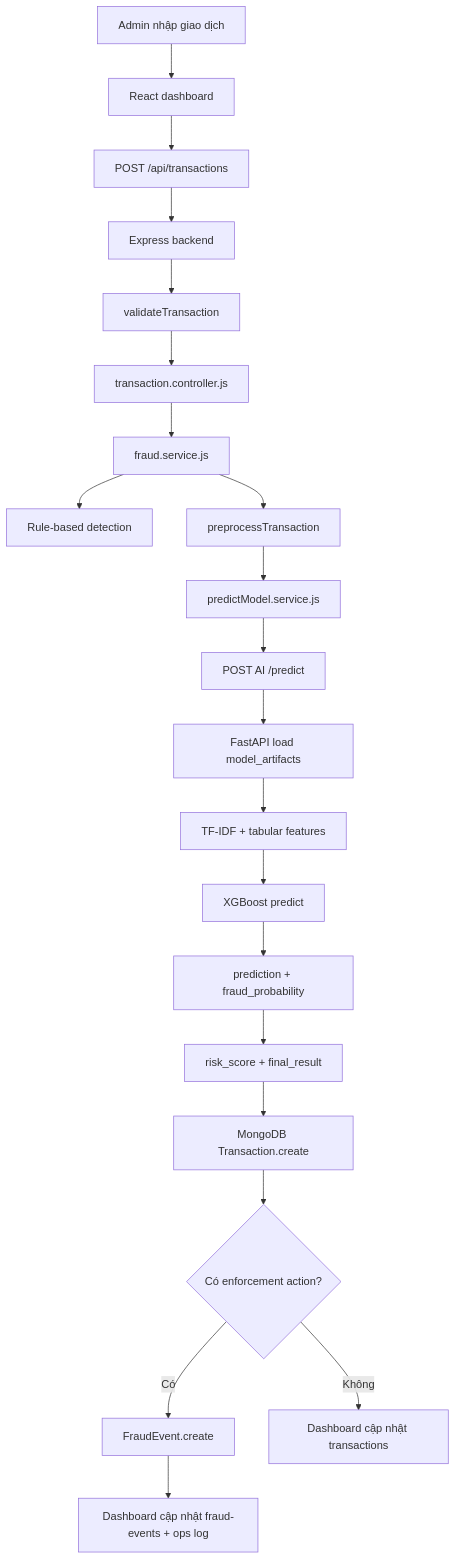
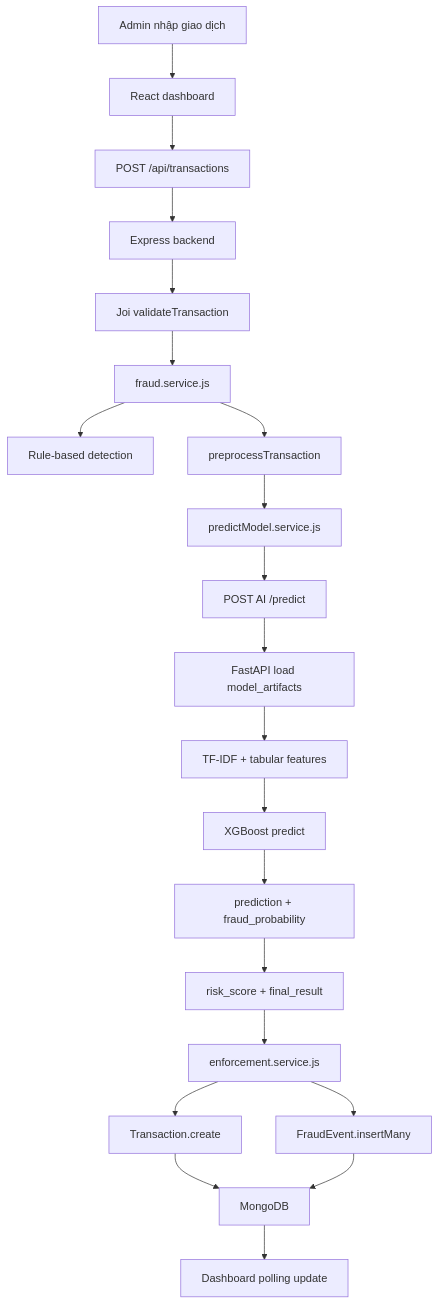
The diagram in README.md (Dungsilver1005/projectNMAI), drawn with Mermaid before and after one commit. The commit also changed other lines of this file and 7 other files, not shown here.

````diff
--- a/README.md
+++ b/README.md
@@ -321,23 +680,23 @@
 ```mermaid
 flowchart TD
     A["Admin nhập giao dịch"] --> B["React dashboard"]
     B --> C["POST /api/transactions"]
     C --> D["Express backend"]
-    D --> E["validateTransaction"]
-    E --> F["transaction.controller.js"]
-    F --> G["fraud.service.js"]
-    G --> H["Rule-based detection"]
-    G --> I["preprocessTransaction"]
-    I --> J["predictModel.service.js"]
-    J --> K["POST AI /predict"]
-    K --> L["FastAPI load model_artifacts"]
-    L --> M["TF-IDF + tabular features"]
-    M --> N["XGBoost predict"]
-    N --> O["prediction + fraud_probability"]
-    O --> P["risk_score + final_result"]
-    P --> Q["MongoDB Transaction.create"]
-    Q --> R{"Có enforcement action?"}
-    R -- "Có" --> S["FraudEvent.create"]
-    R -- "Không" --> T["Dashboard cập nhật transactions"]
-    S --> U["Dashboard cập nhật fraud-events + ops log"]
+    D --> E["Joi validateTransaction"]
+    E --> F["fraud.service.js"]
+    F --> G["Rule-based detection"]
+    F --> H["preprocessTransaction"]
+    H --> I["predictModel.service.js"]
+    I --> J["POST AI /predict"]
+    J --> K["FastAPI load model_artifacts"]
+    K --> L["TF-IDF + tabular features"]
+    L --> M["XGBoost predict"]
+    M --> N["prediction + fraud_probability"]
+    N --> O["risk_score + final_result"]
+    O --> P["enforcement.service.js"]
+    P --> Q["Transaction.create"]
+    P --> R["FraudEvent.insertMany"]
+    Q --> S["MongoDB"]
+    R --> S
+    S --> T["Dashboard polling update"]
 ```
````
